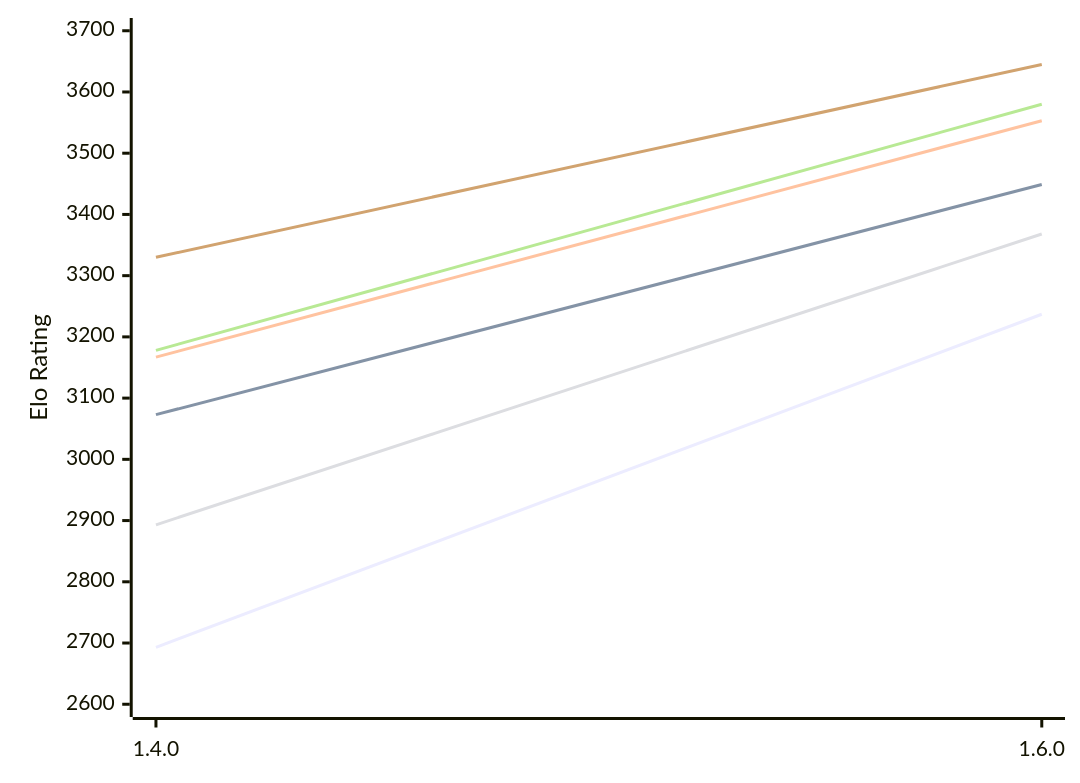
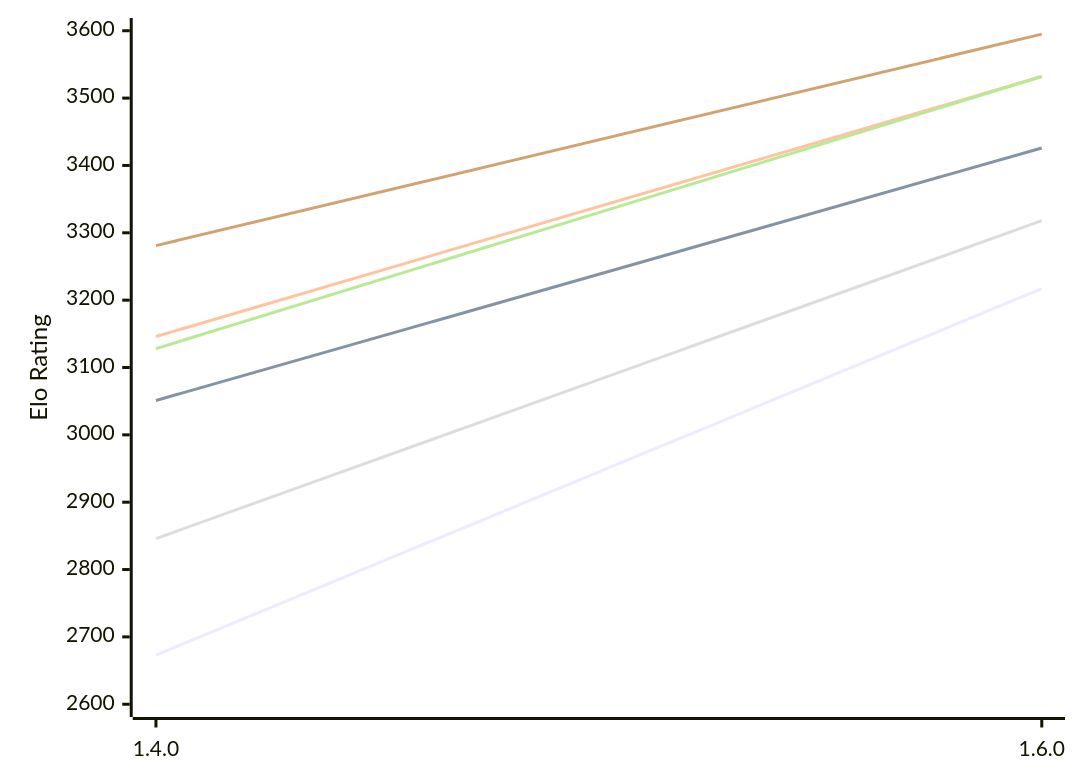
The first of 2 diagrams in engines/Gyatso.md (computer-chess-index/cci), drawn with Mermaid before and after one commit. The commit also changed other lines of this file, not shown here.

Commit message:
Update CCI Ratings (ELO VLTC) - 2026-11-08

````diff
--- a/engines/Gyatso.md
+++ b/engines/Gyatso.md
@@ -53,12 +53,12 @@
 ```mermaid
 %%{init: {"theme":"base","themeVariables":{"seriesColors:['#a3a3a3','#222221','#faa371']}}}%%
 xychart-beta
   x-axis ["1.4.0", "1.6.0"]
-  y-axis "Elo Rating" 2600 --> 3700
-  line "E1: STC (8.0+0.08s)" [2693, 3237]
-  line "E1: LTC (60.0+0.60s)" [3073, 3449]
-  line "E1: VLTC (2m24s+1.12s)" [3167, 3553]
-  line "P1: STC (8.0+0.08s)" [2893, 3368]
-  line "P1: LTC (60.0+0.60s)" [3178, 3580]
-  line "P1: VLTC (2m24s+1.12s)" [3330, 3645]
+  y-axis "Elo Rating" 2600 --> 3600
+  line "E1: STC (8.0+0.08s)" [2673, 3217]
+  line "E1: LTC (60.0+0.60s)" [3051, 3426]
+  line "E1: VLTC (2m24s+1.12s)" [3146, 3532]
+  line "P1: STC (8.0+0.08s)" [2846, 3318]
+  line "P1: LTC (60.0+0.60s)" [3128, 3532]
+  line "P1: VLTC (2m24s+1.12s)" [3281, 3595]
 ```
````
